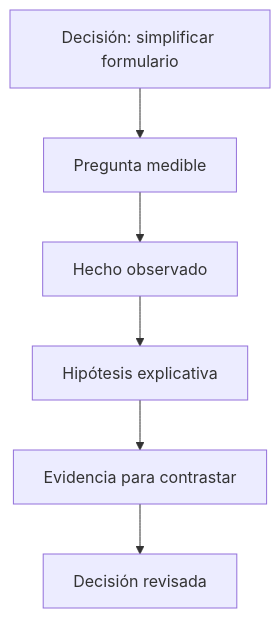
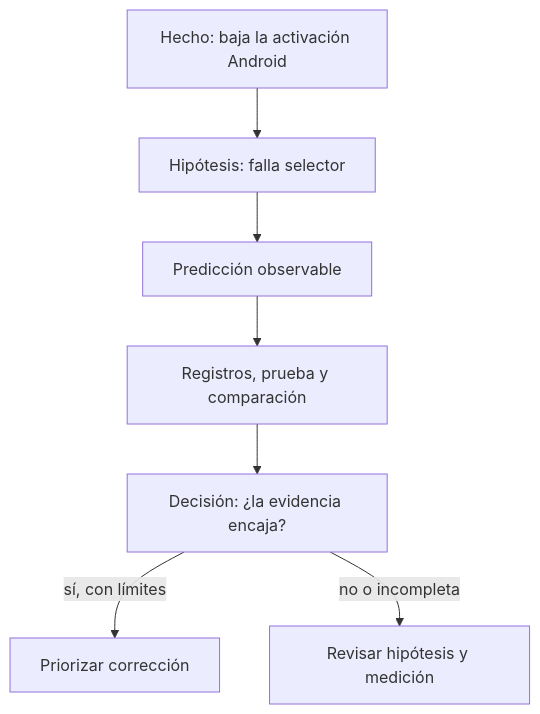
Before and after one commit to Ayhur/CursoAnalista: the diagram in curso/00-orientacion/lecciones/02-preguntas-hipotesis-y-evidencia.md, drawn with Mermaid. The commit also changed other lines of this file and 9 other files, not shown here.

````diff
--- a/curso/00-orientacion/lecciones/02-preguntas-hipotesis-y-evidencia.md
+++ b/curso/00-orientacion/lecciones/02-preguntas-hipotesis-y-evidencia.md
@@ -19,8 +27,9 @@
 ```mermaid
 flowchart TB
-  A[Decisión: simplificar formulario] --> B[Pregunta medible]
-  B --> C[Hecho observado]
-  C --> D[Hipótesis explicativa]
-  D --> E[Evidencia para contrastar]
-  E --> F[Decisión revisada]
+  A[Hecho: baja la activación Android] --> B[Hipótesis: falla selector]
+  B --> C[Predicción observable]
+  C --> D[Registros, prueba y comparación]
+  D --> E[Decisión: ¿la evidencia encaja?]
+  E -->|sí, con límites| F[Priorizar corrección]
+  E -->|no o incompleta| G[Revisar hipótesis y medición]
 ```
````
